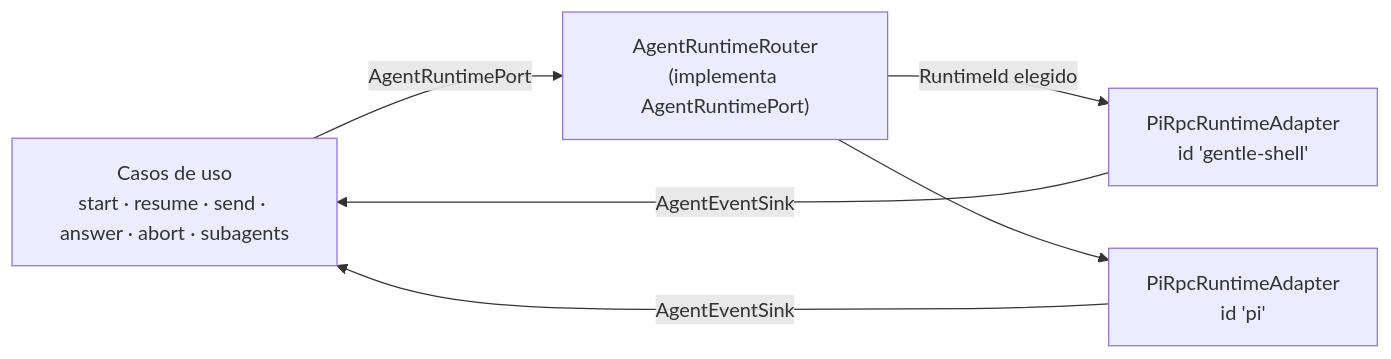
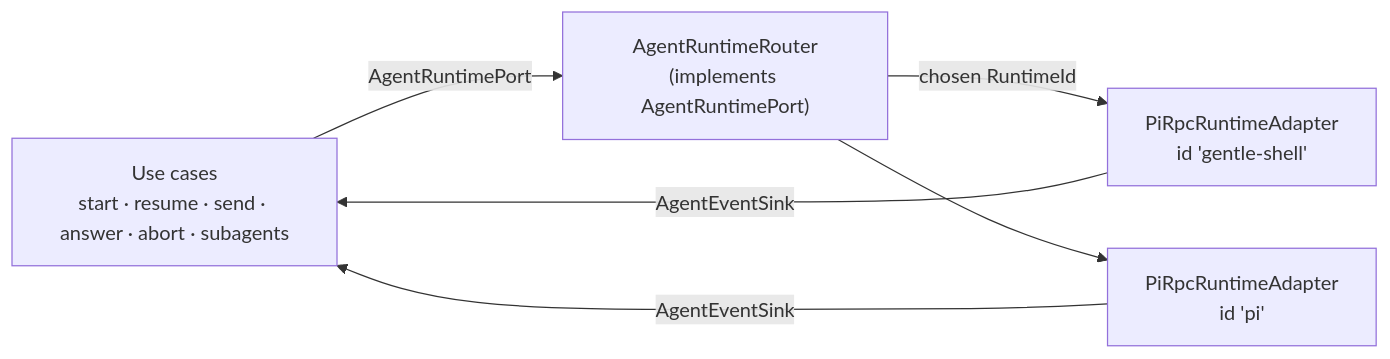
One commit to plopezm/iworkflow changed the seventh of 12 diagrams in ARCHITECTURE.md. Above: the diagram before and after it, drawn with Mermaid. The commit also changed other lines of this file and 5 other files, not shown here.

````diff
--- a/ARCHITECTURE.md
+++ b/ARCHITECTURE.md
@@ -631,11 +635,11 @@
 ```mermaid
 flowchart LR
-    UC["Casos de uso<br/>start · resume · send · answer · abort · subagents"]
-    R["AgentRuntimeRouter<br/>(implementa AgentRuntimePort)"]
+    UC["Use cases<br/>start · resume · send · answer · abort · subagents"]
+    R["AgentRuntimeRouter<br/>(implements AgentRuntimePort)"]
     P1["PiRpcRuntimeAdapter<br/>id 'gentle-shell'"]
     P2["PiRpcRuntimeAdapter<br/>id 'pi'"]
     UC -- "AgentRuntimePort" --> R
-    R -- "RuntimeId elegido" --> P1
+    R -- "chosen RuntimeId" --> P1
     R --> P2
     P1 & P2 -- "AgentEventSink" --> UC
 ```
````
